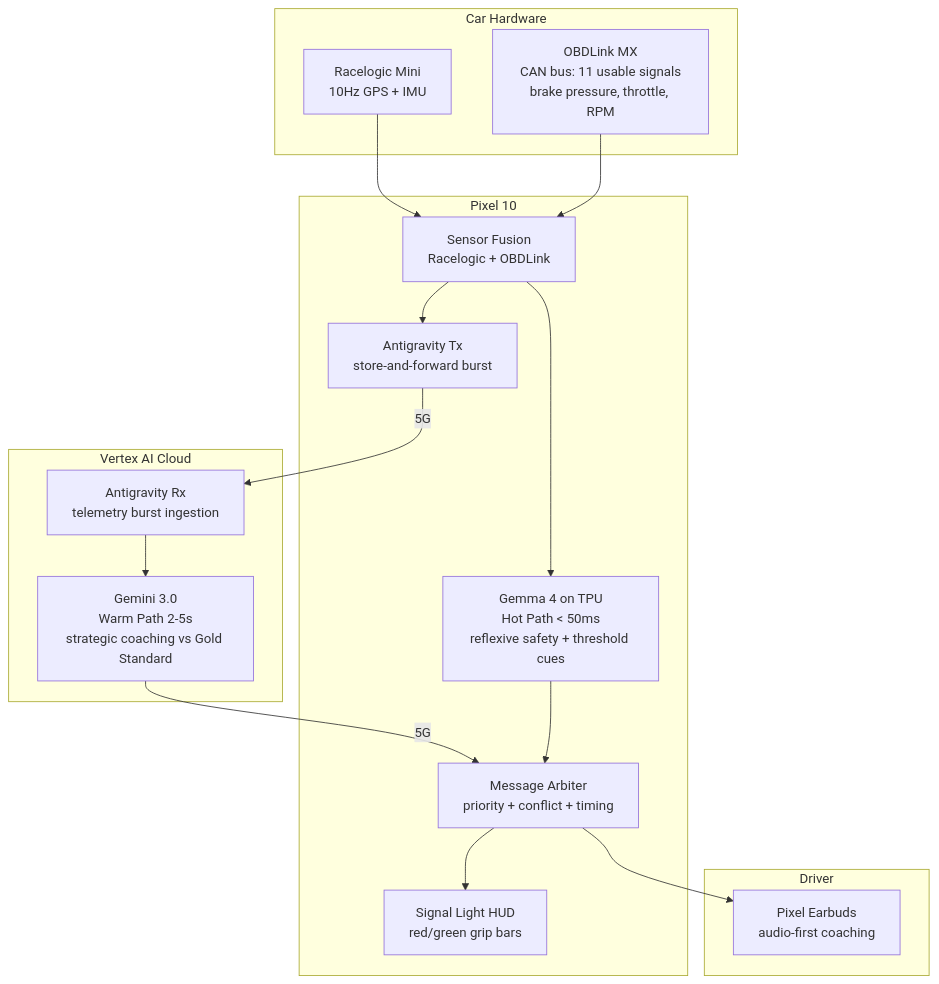
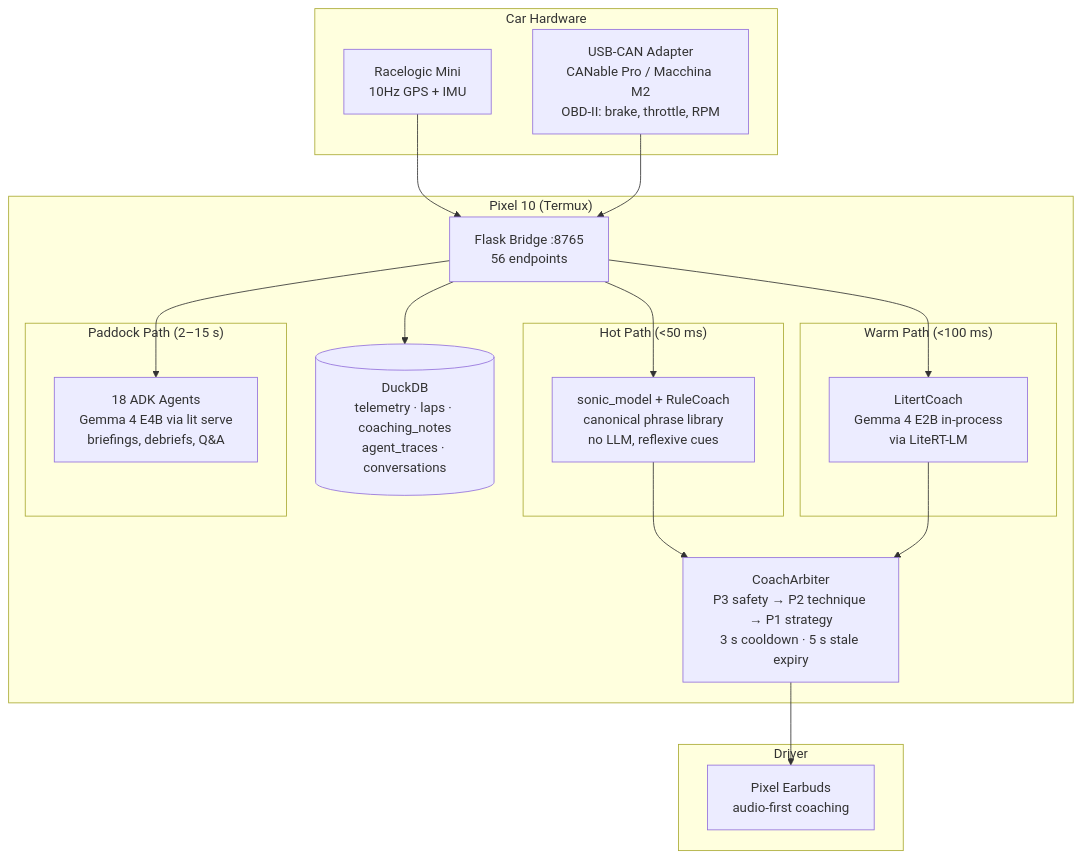
Before and after one commit to mlnomadpy/pitwall: the diagram in docs/index.md, drawn with Mermaid. The commit also changed other lines of this file and 47 other files, not shown here.

````diff
--- a/docs/index.md
+++ b/docs/index.md
@@ -33,35 +32,34 @@
 ```mermaid
 graph TB
     subgraph Car Hardware
         RL[Racelogic Mini<br/>10Hz GPS + IMU]
-        OBD[OBDLink MX<br/>CAN bus: 11 usable signals<br/>brake pressure, throttle, RPM]
+        CAN[USB-CAN Adapter<br/>CANable Pro / Macchina M2<br/>OBD-II: brake, throttle, RPM]
     end
 
-    subgraph Pixel 10
-        FUSION[Sensor Fusion<br/>Racelogic + OBDLink]
-        GEMMA[Gemma 4 on TPU<br/>Hot Path < 50ms<br/>reflexive safety + threshold cues]
-        ARB[Message Arbiter<br/>priority + conflict + timing]
-        HUD[Signal Light HUD<br/>red/green grip bars]
-        AGY_TX[Antigravity Tx<br/>store-and-forward burst]
-    end
-
-    subgraph Vertex AI Cloud
-        AGY_RX[Antigravity Rx<br/>telemetry burst ingestion]
-        GEMINI[Gemini 3.0<br/>Warm Path 2-5s<br/>strategic coaching vs Gold Standard]
+    subgraph "Pixel 10 (Termux)"
+        subgraph "Hot Path (<50 ms)"
+            SONIC[sonic_model + RuleCoach<br/>canonical phrase library<br/>no LLM, reflexive cues]
+        end
+        subgraph "Warm Path (<100 ms)"
+            LITERT[LitertCoach<br/>Gemma 4 E2B in-process<br/>via LiteRT-LM]
+        end
+        subgraph "Paddock Path (2–15 s)"
+            ADK[18 ADK Agents<br/>Gemma 4 E4B via lit serve<br/>briefings, debriefs, Q&A]
+        end
+        BRIDGE[Flask Bridge :8765<br/>56 endpoints]
+        DUCK[(DuckDB<br/>telemetry · laps · coaching_notes<br/>agent_traces · conversations)]
+        ARB[CoachArbiter<br/>P3 safety → P2 technique → P1 strategy<br/>3 s cooldown · 5 s stale expiry]
     end
 
     subgraph Driver
         EARBUDS[Pixel Earbuds<br/>audio-first coaching]
     end
 
-    RL --> FUSION
-    OBD --> FUSION
-    FUSION --> GEMMA
-    FUSION --> AGY_TX
-    AGY_TX -->|5G| AGY_RX
-    AGY_RX --> GEMINI
-    GEMINI -->|5G| ARB
-    GEMMA --> ARB
+    RL --> BRIDGE
+    CAN --> BRIDGE
+    BRIDGE --> DUCK
+    BRIDGE --> SONIC & LITERT & ADK
+    SONIC --> ARB
+    LITERT --> ARB
     ARB --> EARBUDS
-    ARB --> HUD
 ```
````
